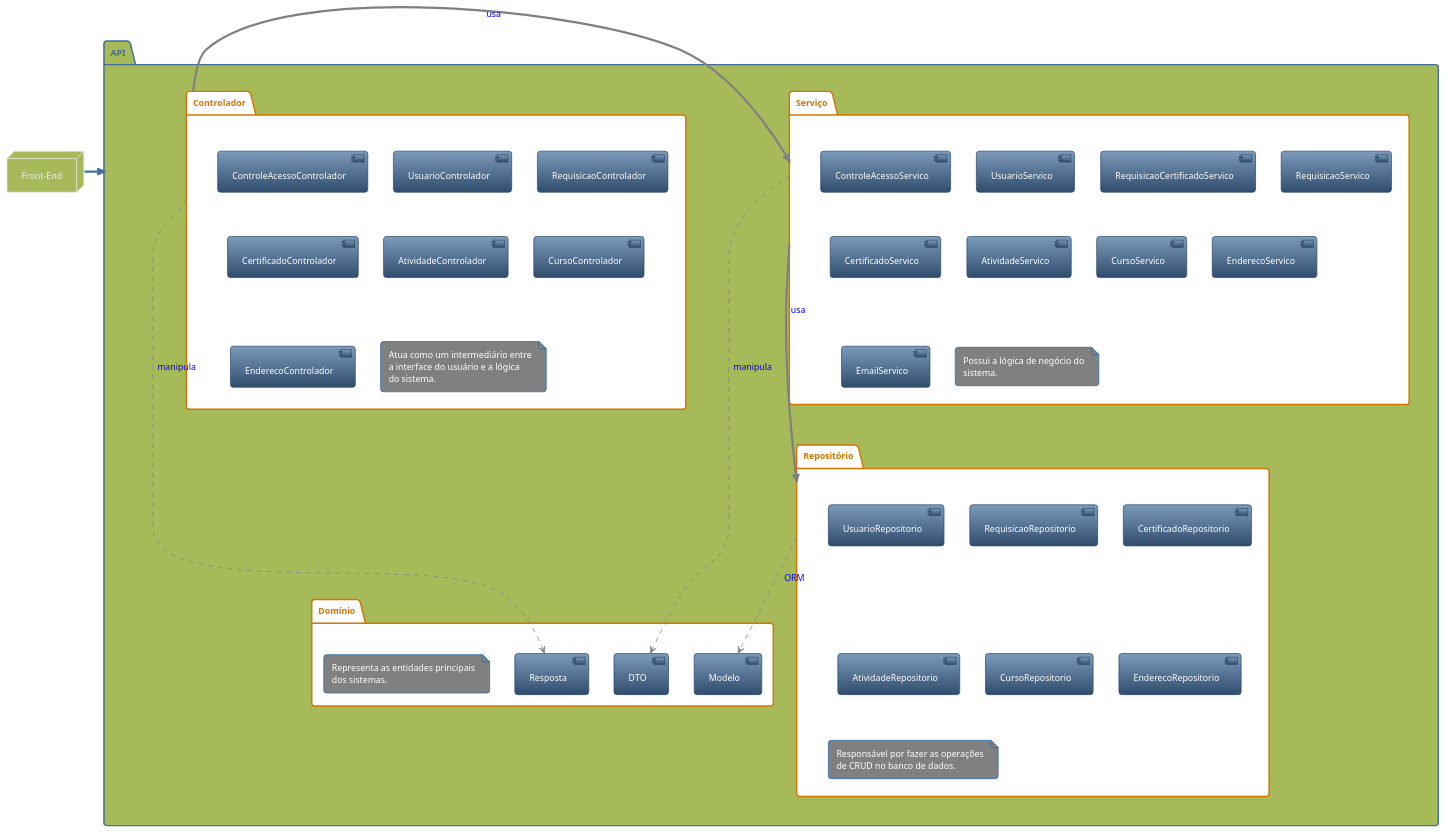
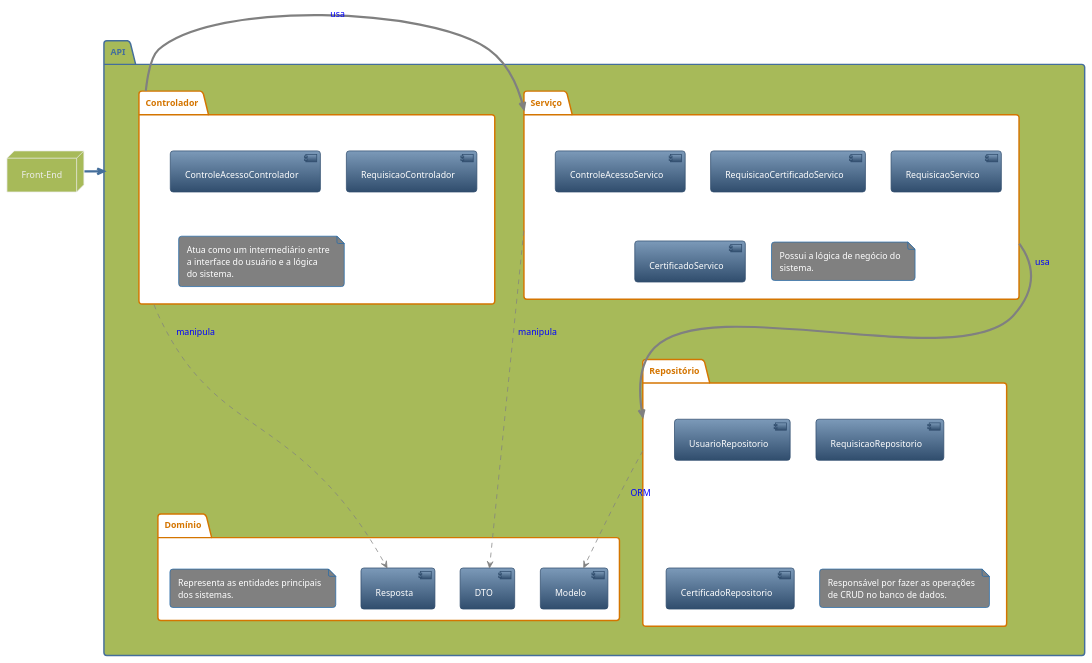
Before and after one commit to kvojps/sistema-acs: the diagram in sistema-docs/src/2. Níveis/2.3 Componente - C3/2.3.1-Back/diagrama-c3.puml, drawn with PlantUML. The commit also changed 12 other files, not shown here.

Commit message:
feat: refinando diagramas e textos do C4model

```diff
--- a/sistema-docs/src/2. Níveis/2.3 Componente - C3/2.3.1-Back/diagrama-c3.puml
+++ b/sistema-docs/src/2. Níveis/2.3 Componente - C3/2.3.1-Back/diagrama-c3.puml
@@ -1,74 +1,60 @@
 @startuml Diagrama C3 - Componentes
 !theme spacelab
 
 node "Front-End" as front #a7ba59 {
 
 }
 
 package "API" as api #a7ba59 {
-    
-    folder "Domínio" as dominio #White {
-        [Modelo] as modelo
-        [DTO] as dto
-        [Resposta] as resposta
-        note as dominio_note #Gray
-            Representa as entidades principais
-            dos sistemas.
-        end note
-    }
-
     folder "Serviço" as servico #White {
         [ControleAcessoServico]
-        [UsuarioServico]
         [RequisicaoCertificadoServico]
         [RequisicaoServico]
         [CertificadoServico]
-        [AtividadeServico]
-        [CursoServico]
-        [EnderecoServico]
-        [EmailServico]
         note as servico_note #Gray
             Possui a lógica de negócio do
             sistema.
         end note
     }
-    
+
     folder "Controlador" as controlador #White {
         [ControleAcessoControlador]
-        [UsuarioControlador]
         [RequisicaoControlador]
-        [CertificadoControlador]
-        [AtividadeControlador]
-        [CursoControlador]
-        [EnderecoControlador]
 
         note as controlador_note #Gray
             Atua como um intermediário entre
             a interface do usuário e a lógica
             do sistema.
         end note
     }
 
     folder "Repositório" as repositorio #White {
         [UsuarioRepositorio]
         [RequisicaoRepositorio]
         [CertificadoRepositorio]
-        [AtividadeRepositorio]
-        [CursoRepositorio]
-        [EnderecoRepositorio]
         note as repositorio_note #Gray
             Responsável por fazer as operações
             de CRUD no banco de dados.
         end note
     }
 
+    folder "Domínio" as dominio #White {
+        [Modelo] as modelo
+        [DTO] as dto
+        [Resposta] as resposta
+        note as dominio_note #Gray
+            Representa as entidades principais
+            dos sistemas.
+        end note
+    }
+
     front -right--> api
 
-    controlador -right-> servico #line:gray;text:blue : usa
-    servico -down--> repositorio #line:gray;text:blue : usa
+    controlador -> servico #line:gray;text:blue : usa
+    servico -> repositorio #line:gray;text:blue : usa
 
     controlador --> resposta #line:gray;line.dashed;text:blue : manipula
     servico --> dto #line:gray;line.dashed;text:blue : manipula
     repositorio --> modelo #line:gray;line.dashed;text:blue : ORM
 }
 @enduml
```
